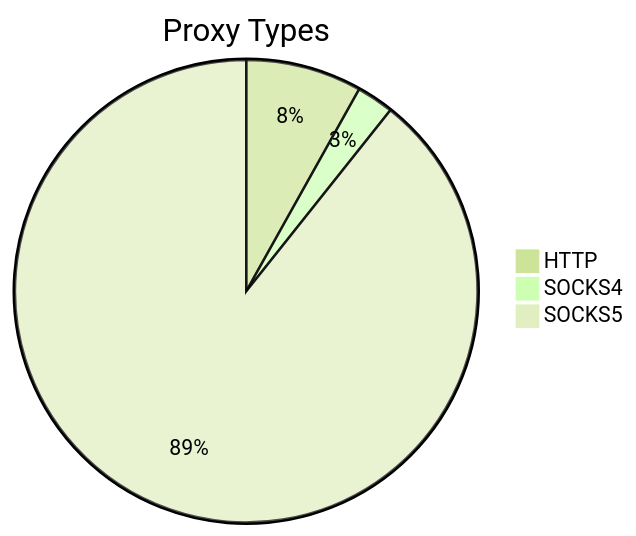
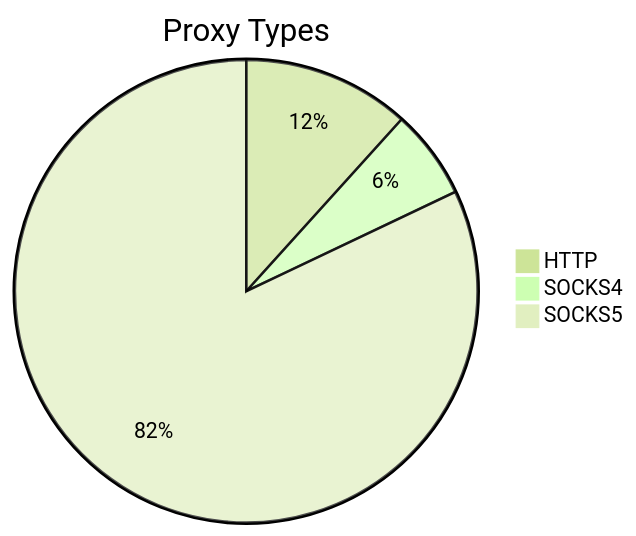
One commit to stormsia/proxy-list changed the first of 2 diagrams in README.md. Above: the diagram before and after it, drawn with Mermaid (forest theme). The commit also changed other lines of this file, not shown here.

````diff
--- a/README.md
+++ b/README.md
@@ -21,6 +21,6 @@
 ```mermaid
 pie title Proxy Types
-    "HTTP" : 147
-    "SOCKS4" : 47
-    "SOCKS5" : 1619
+    "HTTP" : 176
+    "SOCKS4" : 94
+    "SOCKS5" : 1235
 ```
````
